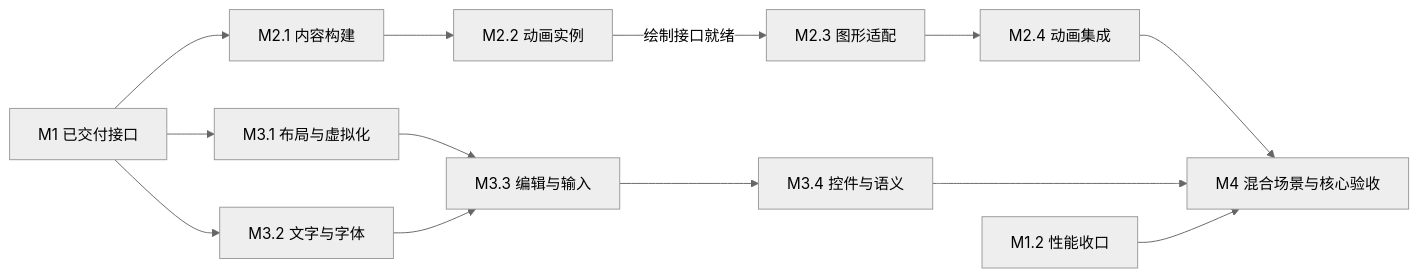
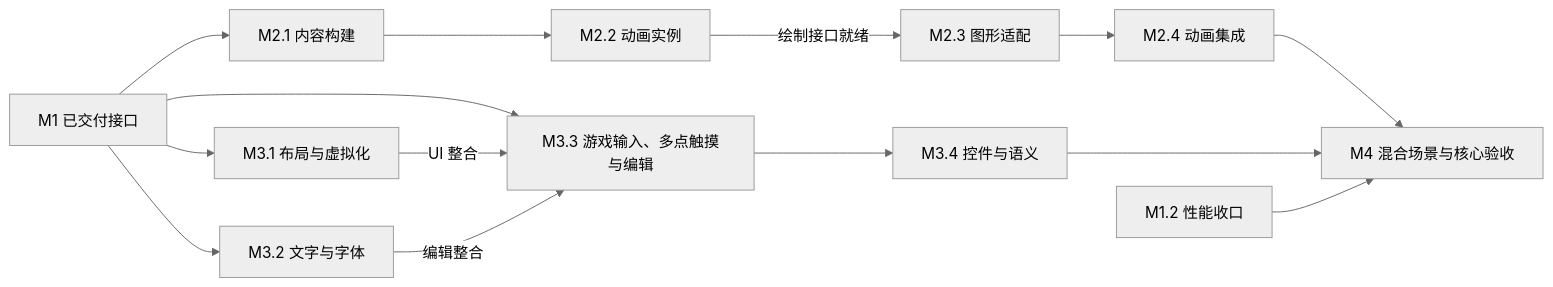
The diagram in knowledge-base/Cns/docs/m2-m4-delivery-plan.md (cnedwin/Egret_rebuild), drawn with Mermaid (neutral theme) before and after one commit. The commit also changed other lines of this file and 7 other files, not shown here.

````diff
--- a/knowledge-base/Cns/docs/m2-m4-delivery-plan.md
+++ b/knowledge-base/Cns/docs/m2-m4-delivery-plan.md
@@ -63,15 +63,16 @@
 ```mermaid
 flowchart LR
     M1[M1 已交付接口] --> M21[M2.1 内容构建]
     M1 --> M31[M3.1 布局与虚拟化]
     M1 --> M32[M3.2 文字与字体]
     M21 --> M22[M2.2 动画实例]
     M22 -->|绘制接口就绪| M23[M2.3 图形适配]
     M23 --> M24[M2.4 动画集成]
-    M31 --> M33[M3.3 编辑与输入]
-    M32 --> M33
+    M1 --> M33[M3.3 游戏输入、多点触摸与编辑]
+    M31 -->|UI 整合| M33
+    M32 -->|编辑整合| M33
     M33 --> M34[M3.4 控件与语义]
     M24 --> M4[M4 混合场景与核心验收]
     M34 --> M4
     P[M1.2 性能收口] --> M4
 ```
````
